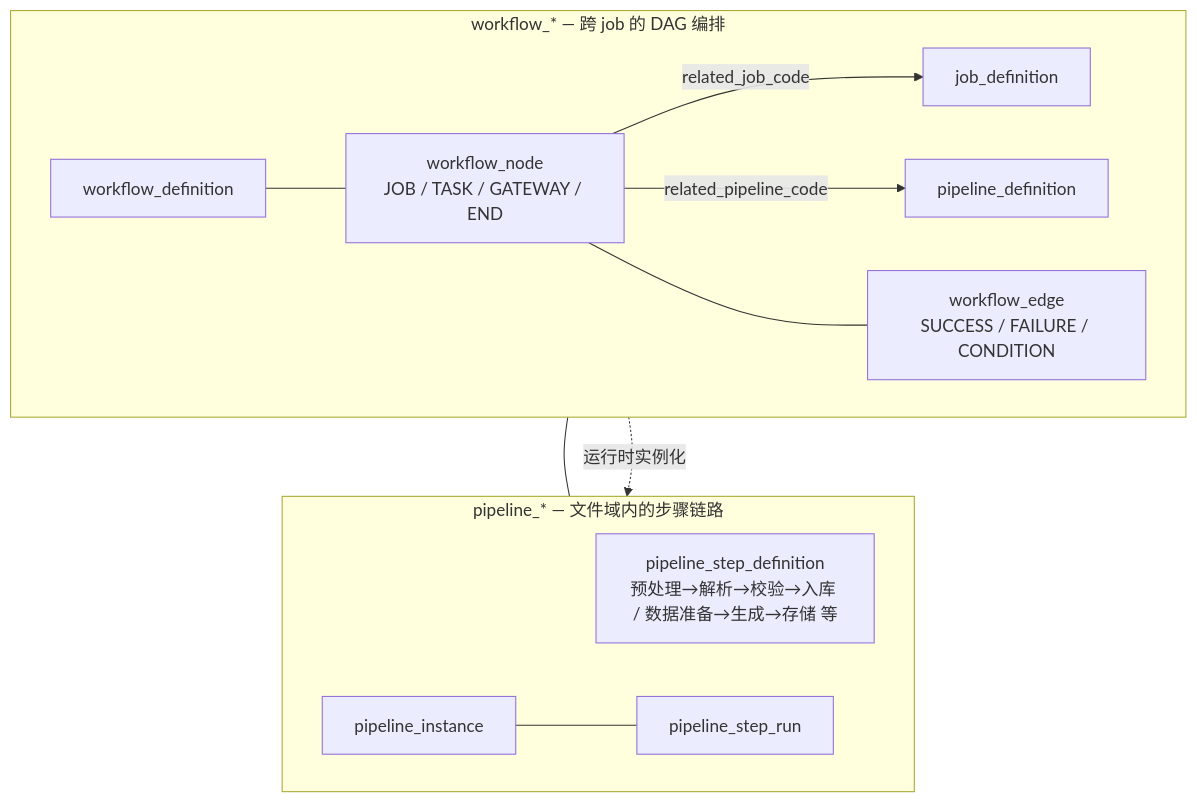
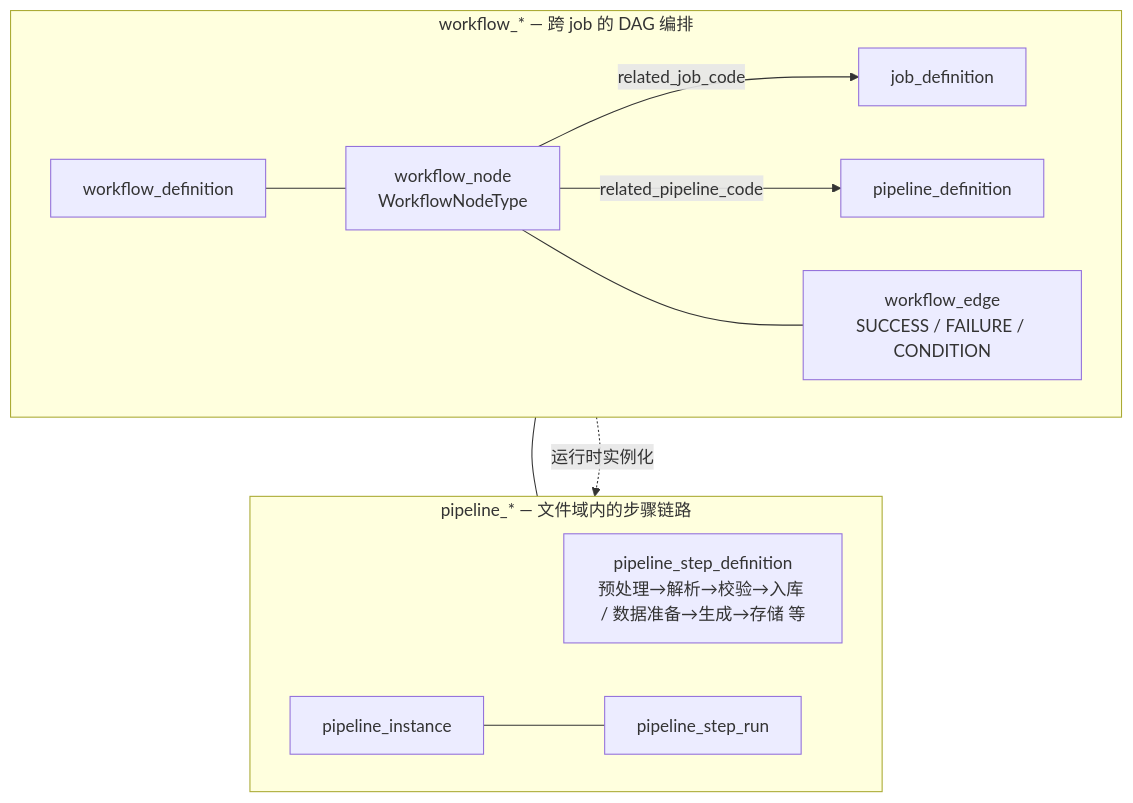
The diagram in docs/architecture/pipeline-vs-workflow-boundary.md (pinpols/file-batch-system), drawn with Mermaid before and after one commit. The commit also changed other lines of this file and 29 other files, not shown here.

````diff
--- a/docs/architecture/pipeline-vs-workflow-boundary.md
+++ b/docs/architecture/pipeline-vs-workflow-boundary.md
@@ -9,18 +9,18 @@
 ```mermaid
 flowchart TB
   subgraph Workflow["workflow_* — 跨 job 的 DAG 编排"]
     direction LR
-    W1[workflow_definition] --- WN1[workflow_node<br/>JOB / TASK / GATEWAY / END]
+    W1[workflow_definition] --- WN1[workflow_node<br/>WorkflowNodeType]
     WN1 -- related_job_code --> J1[job_definition]
     WN1 -- related_pipeline_code --> P1[pipeline_definition]
     WN1 --- WE[workflow_edge<br/>SUCCESS / FAILURE / CONDITION]
   end
 
   subgraph Pipeline["pipeline_* — 文件域内的步骤链路"]
     direction LR
     P1 --- PSD[pipeline_step_definition<br/>预处理→解析→校验→入库 / 数据准备→生成→存储 等]
     PI[pipeline_instance] --- PSR[pipeline_step_run]
   end
 
   P1 -. 运行时实例化 .-> PI
 ```
````
